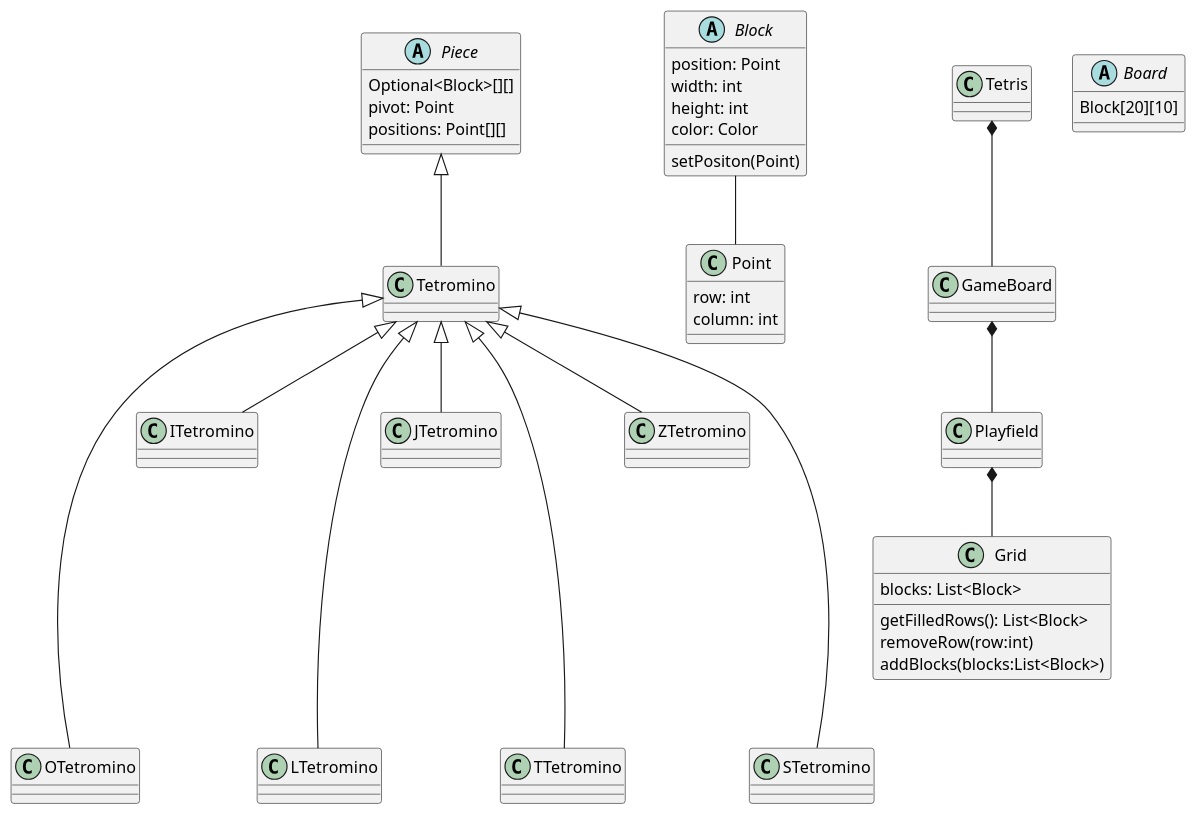
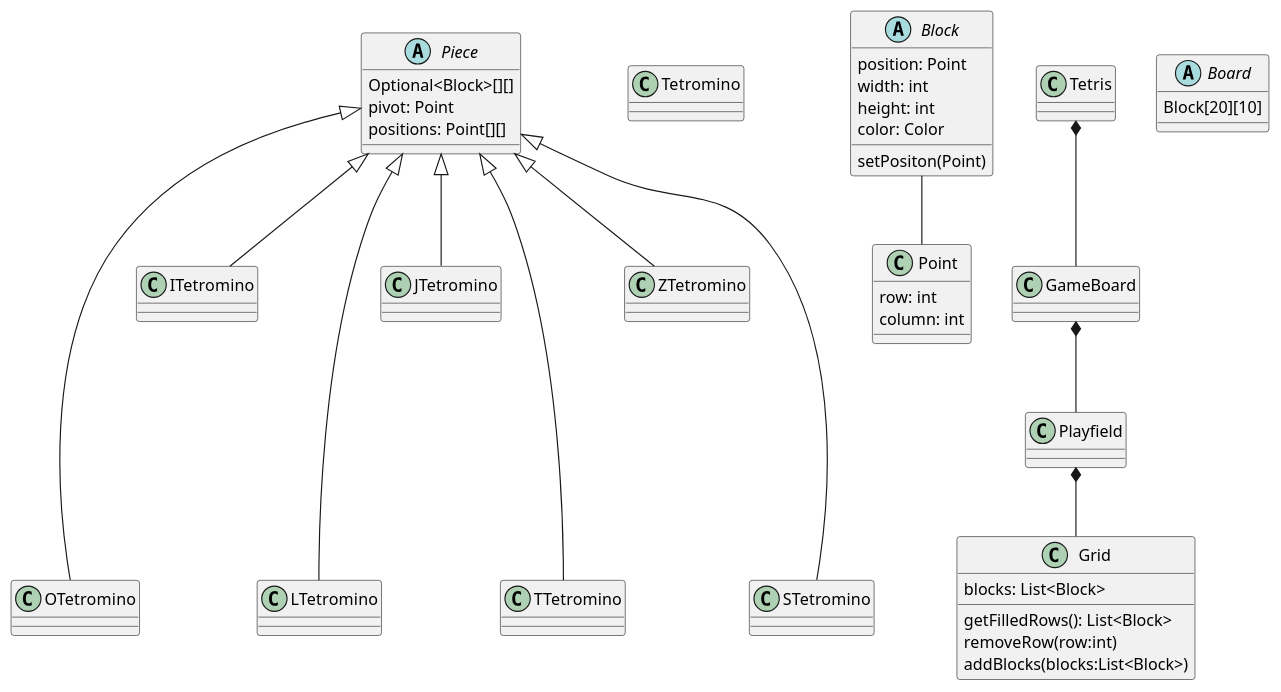
One commit to azambrana/tetris changed the diagram in src/main/java/tetris.puml. Above: the diagram before and after it, drawn with PlantUML. The commit also changed 23 other files, not shown here.

```diff
--- a/src/main/java/tetris.puml
+++ b/src/main/java/tetris.puml
@@ -1,57 +1,56 @@
 @startuml
 'https://plantuml.com/class-diagram
 
 abstract Piece
 class Tetromino
 abstract Block
 class Point
 class GameBoard
 class Tetris
 class Grid
 
-Piece <|-- Tetromino
-Tetromino <|---- OTetromino
-Tetromino <|-- ITetromino
-Tetromino <|---- LTetromino
-Tetromino <|-- JTetromino
-Tetromino <|---- TTetromino
-Tetromino <|-- ZTetromino
-Tetromino <|---- STetromino
+Piece <|---- OTetromino
+Piece <|-- ITetromino
+Piece <|---- LTetromino
+Piece <|-- JTetromino
+Piece <|---- TTetromino
+Piece <|-- ZTetromino
+Piece <|---- STetromino
 
 Block -- Point
 Tetris *-- GameBoard
 GameBoard *-- Playfield
 Playfield *-- Grid
 
 class Grid {
     blocks: List<Block>
     getFilledRows(): List<Block>
     removeRow(row:int)
     addBlocks(blocks:List<Block>)
 }
 
 abstract Board {
     Block[20][10]
 }
 
 abstract Piece {
     Optional<Block>[][]
     pivot: Point
     positions: Point[][]
 }
 
 class Point {
     row: int
     column: int
 }
 
 abstract Block {
     position: Point
     width: int
     height: int
     color: Color
 
     setPositon(Point)
 }
 
 @enduml
```
